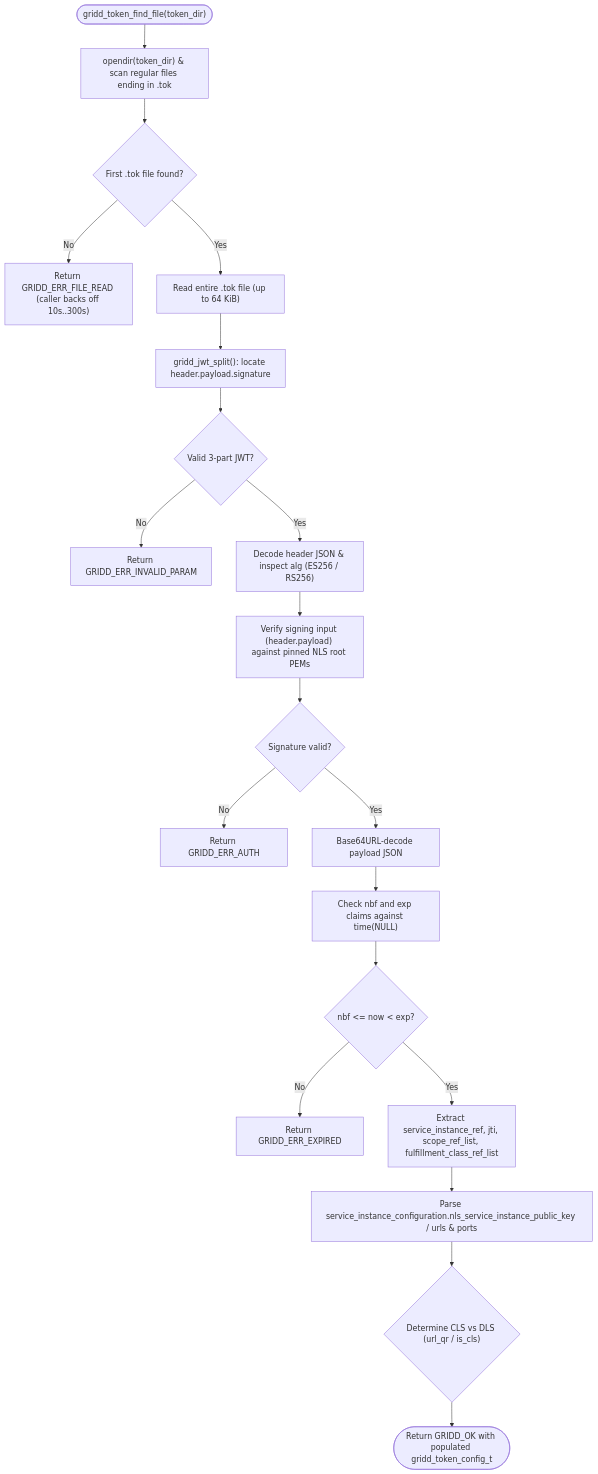
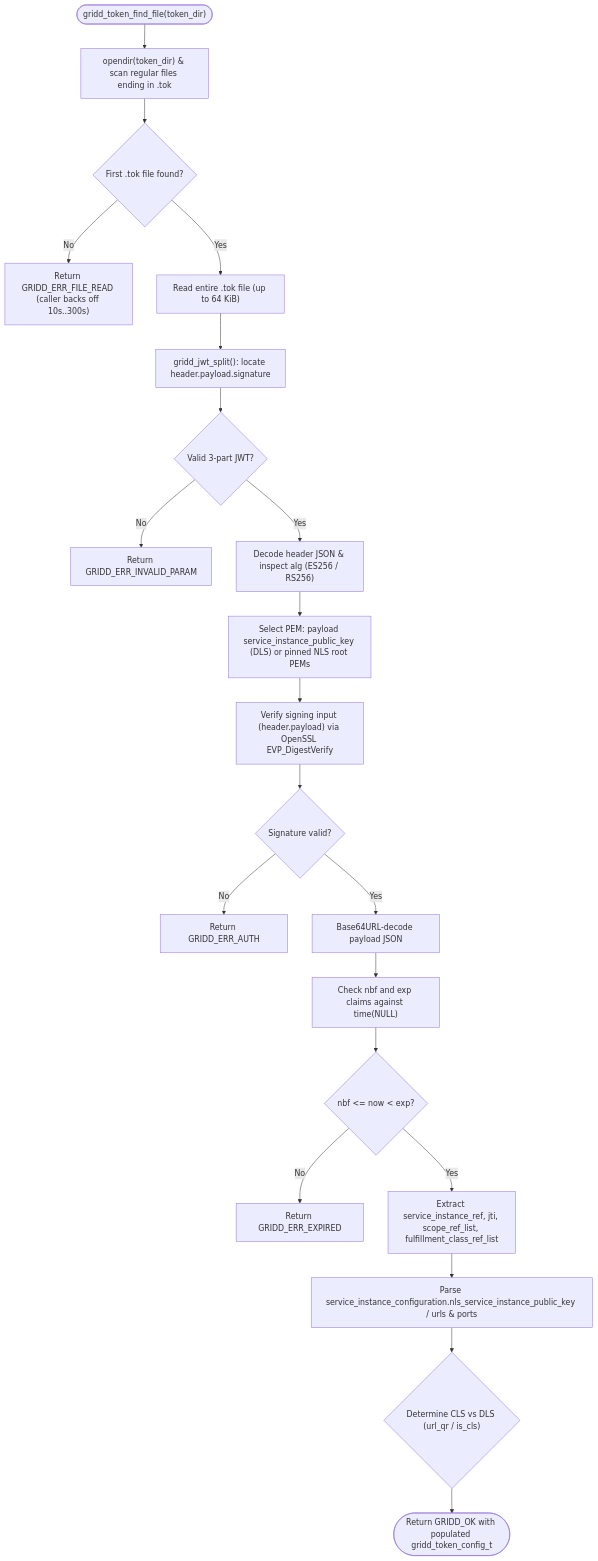
One commit to SanjayRavindran/open-vgpu-tesla-p4 changed the second of 7 diagrams in open-gridd/docs/FLOWCHARTS.md. Above: the diagram before and after it, drawn with Mermaid. The commit also changed other lines of this file and 8 other files, not shown here.

Commit message:
docs(vgpu): update flowcharts, docs, and open-gridd test cleanup

````diff
--- a/open-gridd/docs/FLOWCHARTS.md
+++ b/open-gridd/docs/FLOWCHARTS.md
@@ -70,25 +71,26 @@
 ```mermaid
 flowchart TD
     Start(["gridd_token_find_file(token_dir)"]) --> ScanDir["opendir(token_dir) & scan regular files ending in .tok"]
     ScanDir --> Found{"First .tok file found?"}
     Found -- "No" --> ErrNoFile["Return GRIDD_ERR_FILE_READ (caller backs off 10s..300s)"]
     Found -- "Yes" --> ReadTok["Read entire .tok file (up to 64 KiB)"]
     ReadTok --> SplitJWT["gridd_jwt_split(): locate header.payload.signature"]
     SplitJWT --> CheckFormat{"Valid 3-part JWT?"}
     CheckFormat -- "No" --> ErrInvalid["Return GRIDD_ERR_INVALID_PARAM"]
     CheckFormat -- "Yes" --> DecodeHdr["Decode header JSON & inspect alg (ES256 / RS256)"]
 
-    DecodeHdr --> VerifyKey["Verify signing input (header.payload) against pinned NLS root PEMs"]
+    DecodeHdr --> ParseKey["Select PEM: payload service_instance_public_key (DLS) or pinned NLS root PEMs"]
+    ParseKey --> VerifyKey["Verify signing input (header.payload) via OpenSSL EVP_DigestVerify"]
     VerifyKey --> SigOK{"Signature valid?"}
     SigOK -- "No" --> ErrAuth["Return GRIDD_ERR_AUTH"]
     SigOK -- "Yes" --> DecodePay["Base64URL-decode payload JSON"]
 
     DecodePay --> CheckTime["Check nbf and exp claims against time(NULL)"]
     CheckTime --> TimeOK{"nbf <= now < exp?"}
     TimeOK -- "No" --> ErrExp["Return GRIDD_ERR_EXPIRED"]
     TimeOK -- "Yes" --> Extract["Extract service_instance_ref, jti, scope_ref_list, fulfillment_class_ref_list"]
 
     Extract --> ParseURLs["Parse service_instance_configuration.nls_service_instance_public_key / urls & ports"]
     ParseURLs --> DetectCLS{"Determine CLS vs DLS (url_qr / is_cls)"}
     DetectCLS --> Done(["Return GRIDD_OK with populated gridd_token_config_t"])
 ```
````
